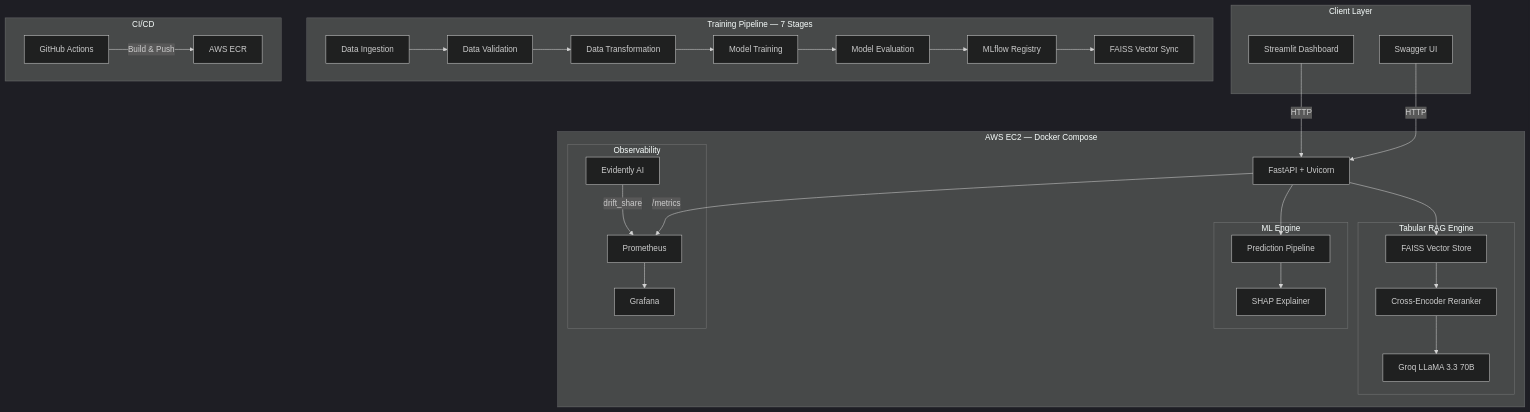
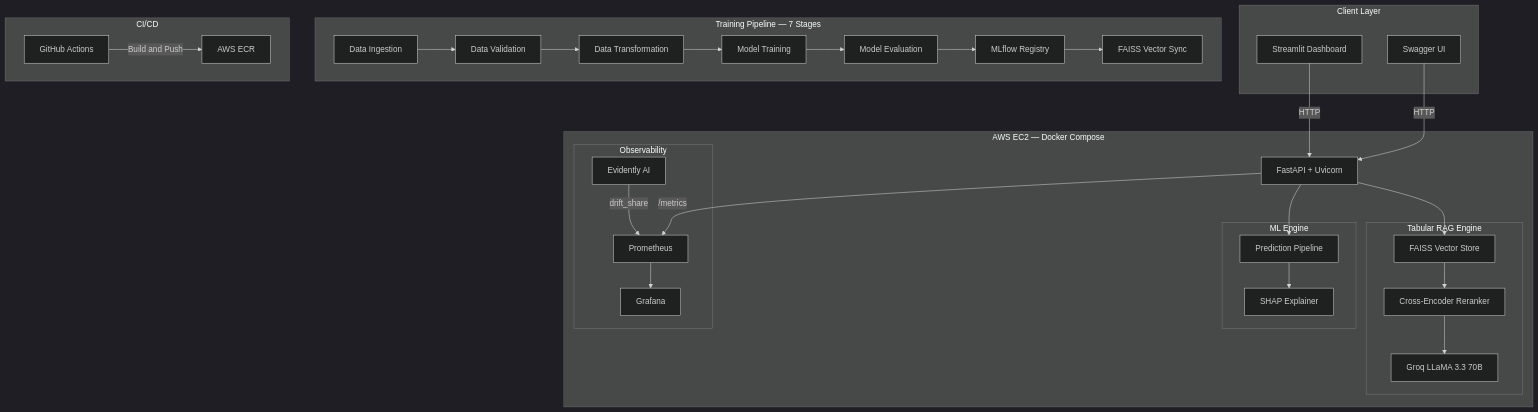
Before and after one commit to shivam-nayak-ds/Retail-Ops-End-to-End-Sales-Forecasting-Pipeline: the first of 2 diagrams in README.md, drawn with Mermaid (dark theme). The commit also changed other lines of this file, not shown here.

````diff
--- a/README.md
+++ b/README.md
@@ -36,53 +56,53 @@
 ```mermaid
 graph TB
     subgraph Client ["Client Layer"]
         ST[Streamlit Dashboard]
         SW[Swagger UI]
     end
 
     subgraph Compute ["AWS EC2 — Docker Compose"]
         API[FastAPI + Uvicorn]
         
         subgraph ML ["ML Engine"]
             PP[Prediction Pipeline]
-            SHAP[SHAP Explainer]
+            SHAP_E[SHAP Explainer]
         end
         
         subgraph RAG ["Tabular RAG Engine"]
-            FAISS[FAISS Vector Store]
+            FAISS_DB[FAISS Vector Store]
             CE[Cross-Encoder Reranker]
             LLM[Groq LLaMA 3.3 70B]
         end
         
         subgraph Monitor ["Observability"]
             PROM[Prometheus]
             GRAF[Grafana]
             EVID[Evidently AI]
         end
     end
     
     subgraph Pipeline ["Training Pipeline — 7 Stages"]
         S1[Data Ingestion]
         S2[Data Validation]
         S3[Data Transformation]
         S4[Model Training]
         S5[Model Evaluation]
         S6[MLflow Registry]
         S7[FAISS Vector Sync]
     end
 
     subgraph CICD ["CI/CD"]
         GHA[GitHub Actions]
         ECR[AWS ECR]
     end
 
     ST & SW -->|HTTP| API
-    API --> PP & FAISS
-    PP --> SHAP
-    FAISS --> CE --> LLM
+    API --> PP & FAISS_DB
+    PP --> SHAP_E
+    FAISS_DB --> CE --> LLM
     API -->|/metrics| PROM --> GRAF
     EVID -->|drift_share| PROM
     
     S1 --> S2 --> S3 --> S4 --> S5 --> S6 --> S7
-    GHA -->|Build & Push| ECR
+    GHA -->|Build and Push| ECR
 ```
````
